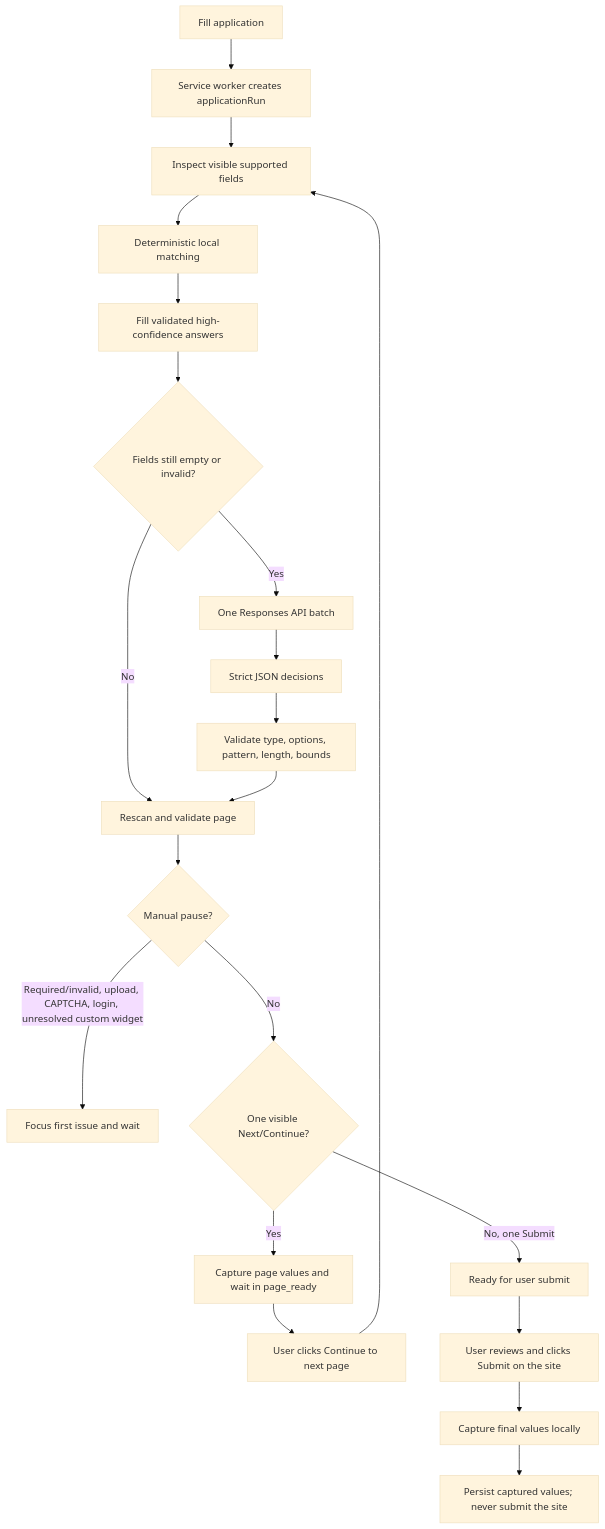
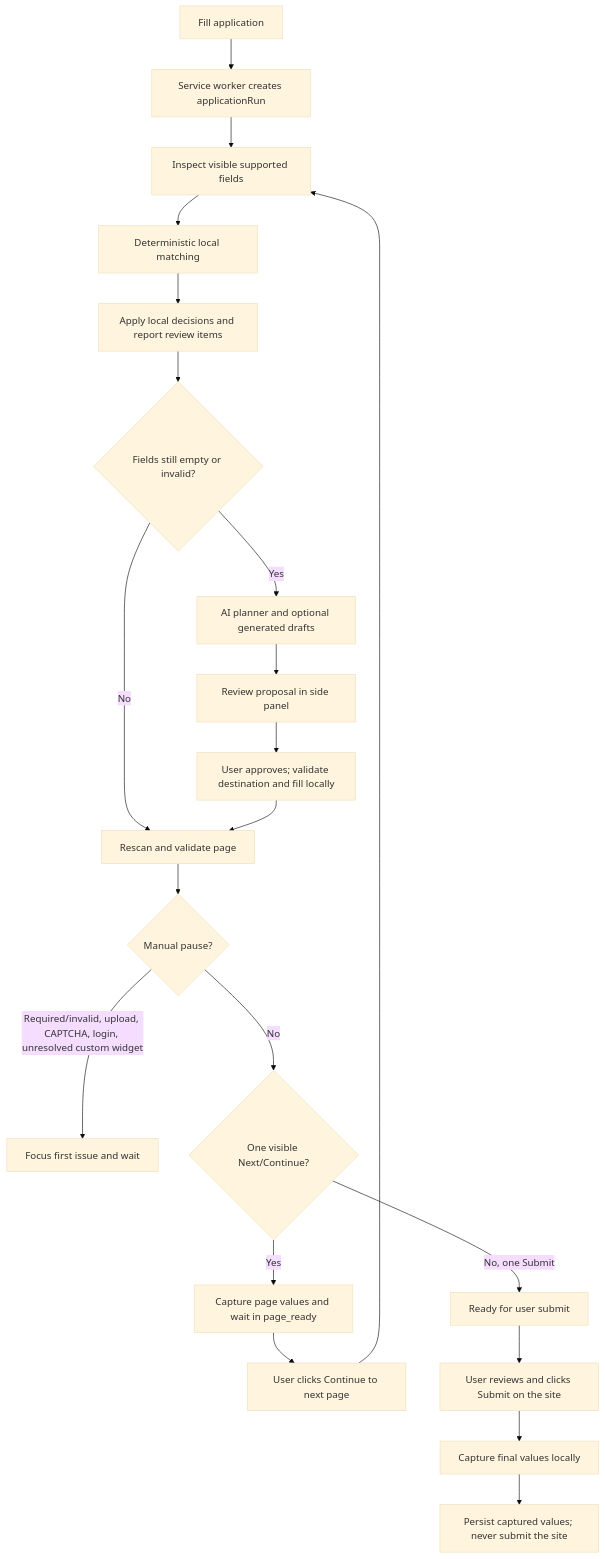
The first of 3 diagrams in README.md (humandotlearning/job-application-autofill-extension), drawn with Mermaid (base theme) before and after one commit. The commit also changed other lines of this file and 34 other files, not shown here.

````diff
--- a/README.md
+++ b/README.md
@@ -19,23 +19,23 @@
 ```mermaid
 flowchart TD
     A[Fill application] --> B[Service worker creates applicationRun]
     B --> C[Inspect visible supported fields]
     C --> D[Deterministic local matching]
-    D --> E[Fill validated high-confidence answers]
+    D --> E[Apply local decisions and report review items]
     E --> F{Fields still empty or invalid?}
     F -->|No| G[Rescan and validate page]
-    F -->|Yes| H[One Responses API batch]
-    H --> I[Strict JSON decisions]
-    I --> J[Validate type, options, pattern, length, bounds]
+    F -->|Yes| H[AI planner and optional generated drafts]
+    H --> I[Review proposal in side panel]
+    I --> J[User approves; validate destination and fill locally]
     J --> G
     G --> K{Manual pause?}
     K -->|Required/invalid, upload, CAPTCHA, login, unresolved custom widget| L[Focus first issue and wait]
     K -->|No| M{One visible Next/Continue?}
     M -->|Yes| N[Capture page values and wait in page_ready]
     N --> O[User clicks Continue to next page]
     O --> C
     M -->|No, one Submit| P[Ready for user submit]
     P --> Q[User reviews and clicks Submit on the site]
     Q --> R[Capture final values locally]
     R --> S[Persist captured values; never submit the site]
 ```
````
